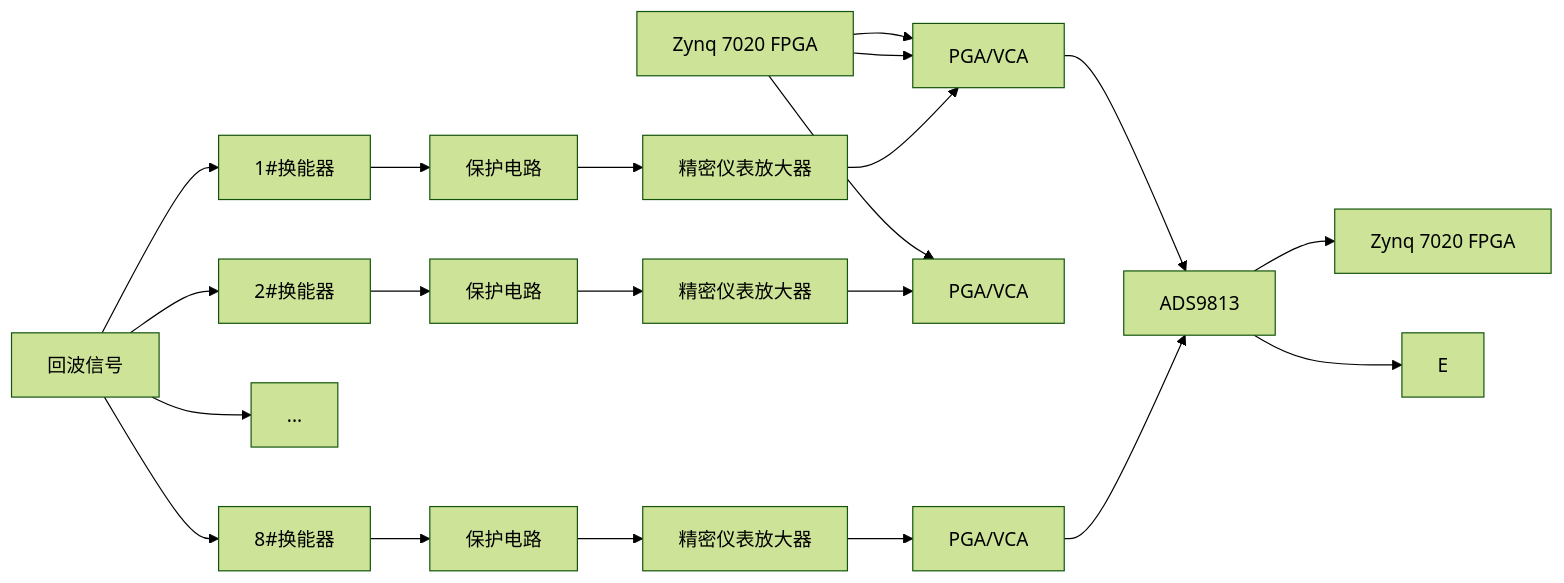
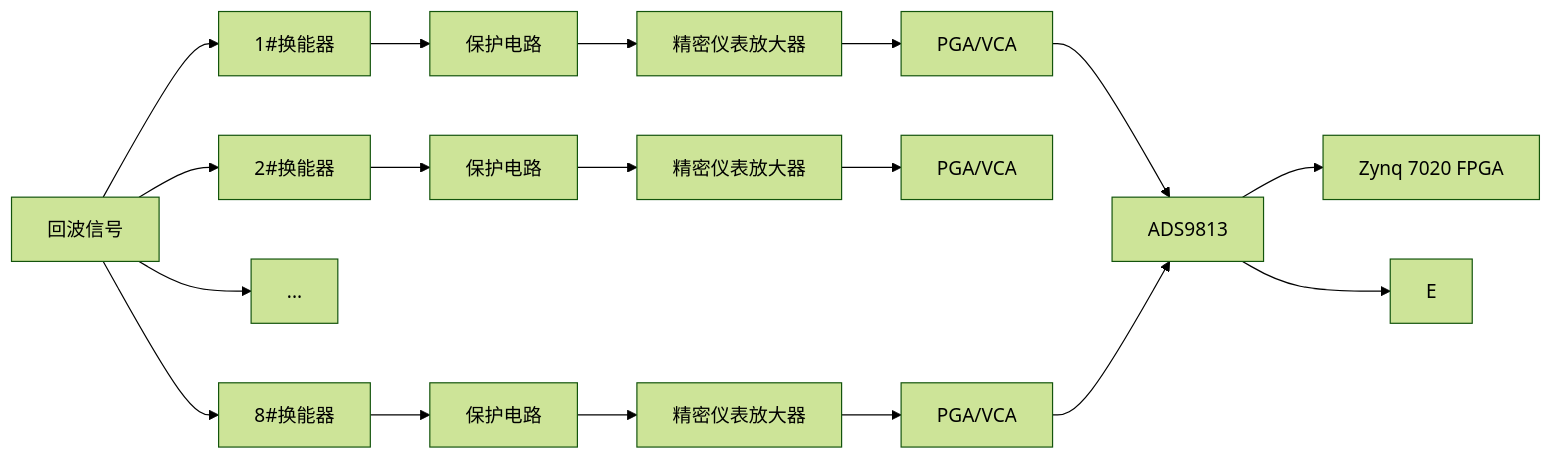
One commit to Rukawa15/iodraw-files changed the diagram in all/多通道同步采集-1.md. Above: the diagram before and after it, drawn with Mermaid (forest theme).

Commit message:
2025-06-19 14:11:32 update

````diff
--- a/all/多通道同步采集-1.md
+++ b/all/多通道同步采集-1.md
@@ -1,25 +1,23 @@
 ```mermaid
 graph LR
 A[回波信号]
 A --> B1[1#换能器]
 A --> B2[2#换能器]
 A --> ...
 A --> B8[8#换能器]
 B1 --> C1[保护电路]
 B2 --> C2[保护电路]
 B8 --> C8[保护电路]
-H[Zynq 7020 FPGA] --> E1
-H[Zynq 7020 FPGA] --> E2
-H[Zynq 7020 FPGA] --> E1
+
 C1 --> D1[精密仪表放大器]
 C2 --> D2[精密仪表放大器] 
 C8 --> D8[精密仪表放大器] 
 D1 --> E1[PGA/VCA]
 D2 --> E2[PGA/VCA] 
 D8 --> E8[PGA/VCA] 
 E1 --> F[ADS9813]
 E8 --> F[ADS9813] 
 F --> G[Zynq 7020 FPGA]
 F --> E
 
 ```
````
